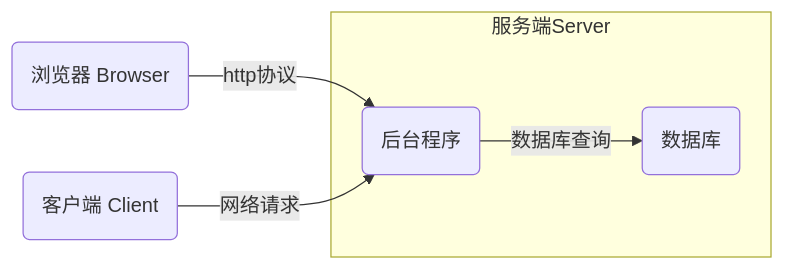
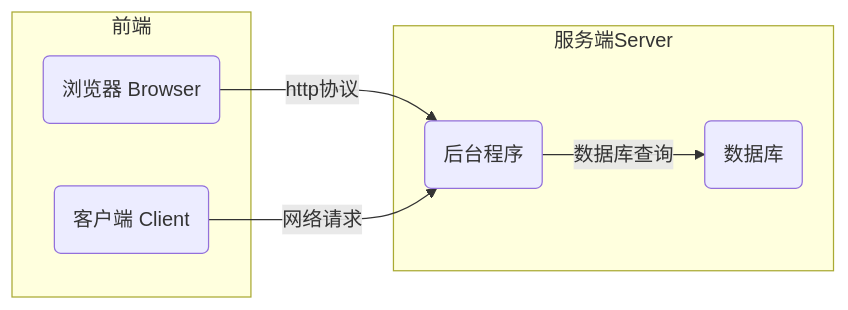
The second of 2 diagrams in a-coder-work.md (hughxusu/lesson-index), drawn with Mermaid before and after one commit.

Commit message:
更新代码结构

````diff
--- a/a-coder-work.md
+++ b/a-coder-work.md
@@ -16,8 +16,12 @@
 ```mermaid
 flowchart LR
     a(浏览器 Browser) -- http协议 --> c(后台程序)
     b(客户端 Client) -- 网络请求 --> c
     subgraph 服务端Server
     c -- 数据库查询 --> d(数据库)
     end
+    subgraph 前端
+    a
+    b
+    end
 ```
````
